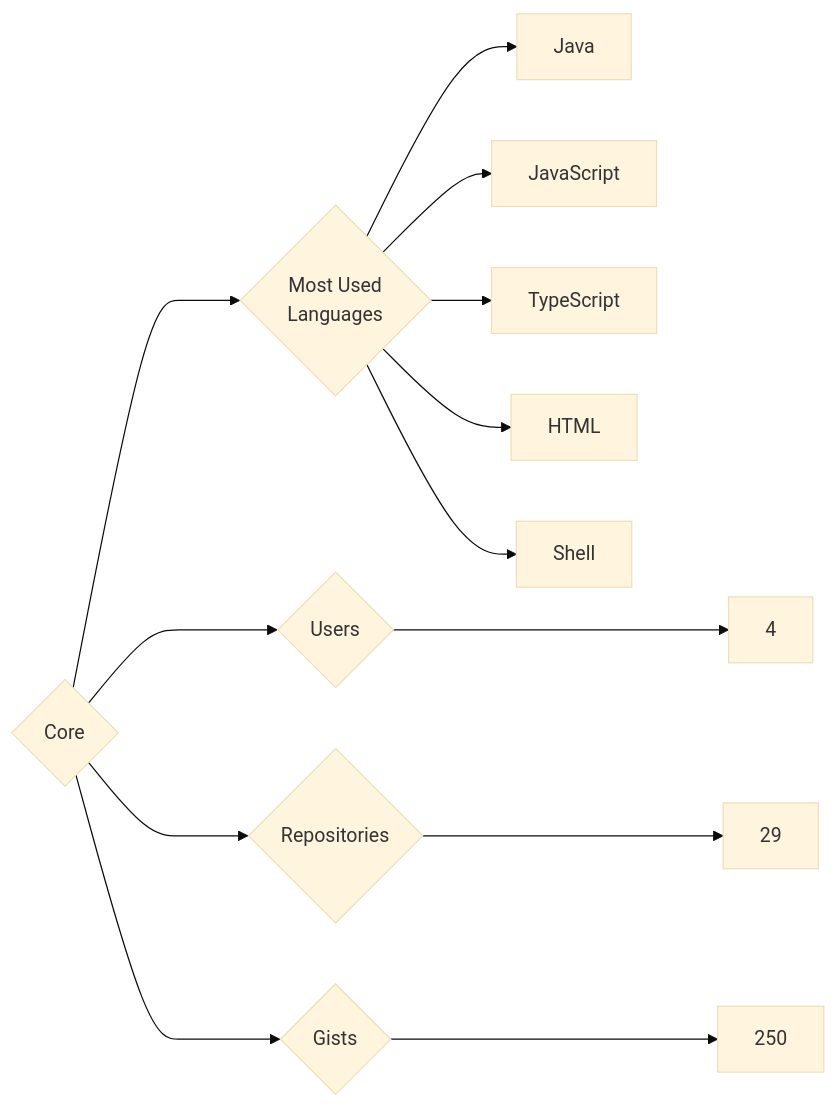
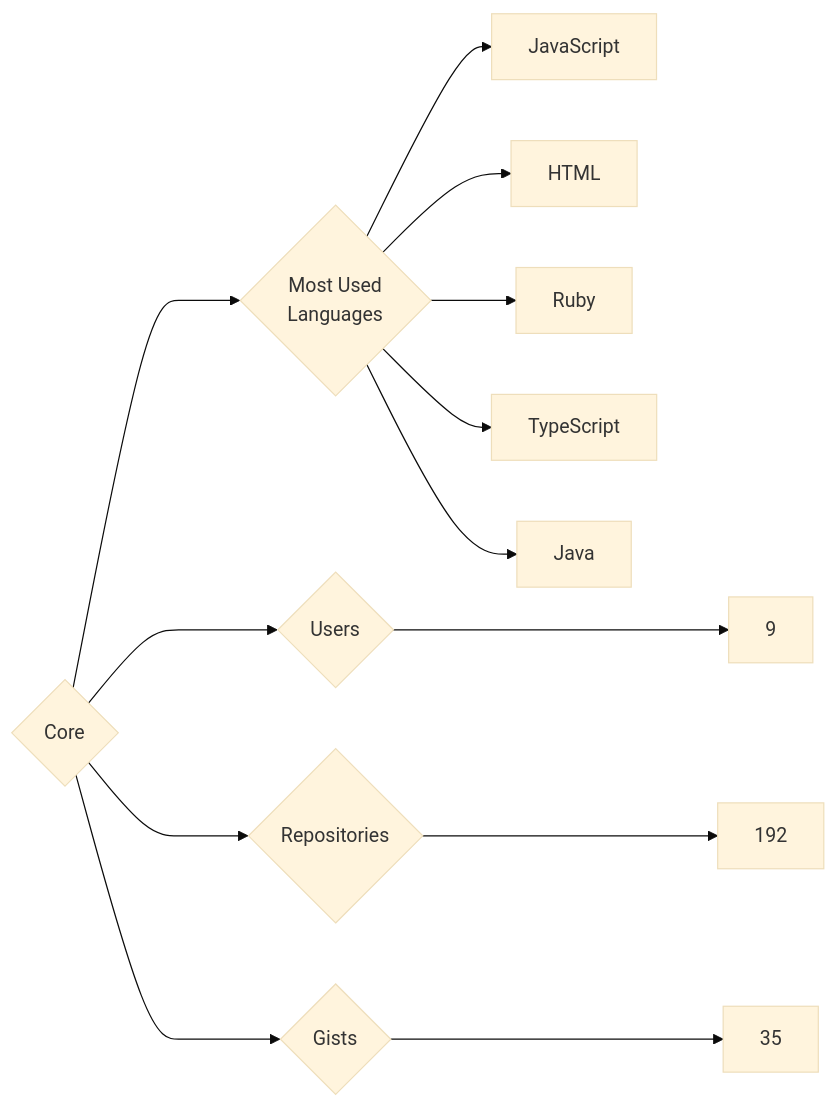
The diagram in targets/Core/README.md (trickest/insiders), drawn with Mermaid (base theme) before and after one commit. The commit also changed 815 other files, not shown here.

````diff
--- a/targets/Core/README.md
+++ b/targets/Core/README.md
@@ -3,13 +3,13 @@
 ```mermaid
 graph LR
 COMPANY_NAME{Core}
-COMPANY_NAME ---> U{Users} ---> UN[4]
-COMPANY_NAME ---> R{Repositories} ---> RN[29]
-COMPANY_NAME ---> G{Gists} ---> GN[250]
+COMPANY_NAME ---> U{Users} ---> UN[9]
+COMPANY_NAME ---> R{Repositories} ---> RN[192]
+COMPANY_NAME ---> G{Gists} ---> GN[35]
 COMPANY_NAME ---> ML{Most Used<br>Languages}
+ML --> JavaScript[JavaScript]
+ML --> HTML[HTML]
+ML --> Ruby[Ruby]
+ML --> TypeScript[TypeScript]
 ML --> Java[Java]
-ML --> JavaScript[JavaScript]
-ML --> TypeScript[TypeScript]
-ML --> HTML[HTML]
-ML --> Shell[Shell]
 ```
````
